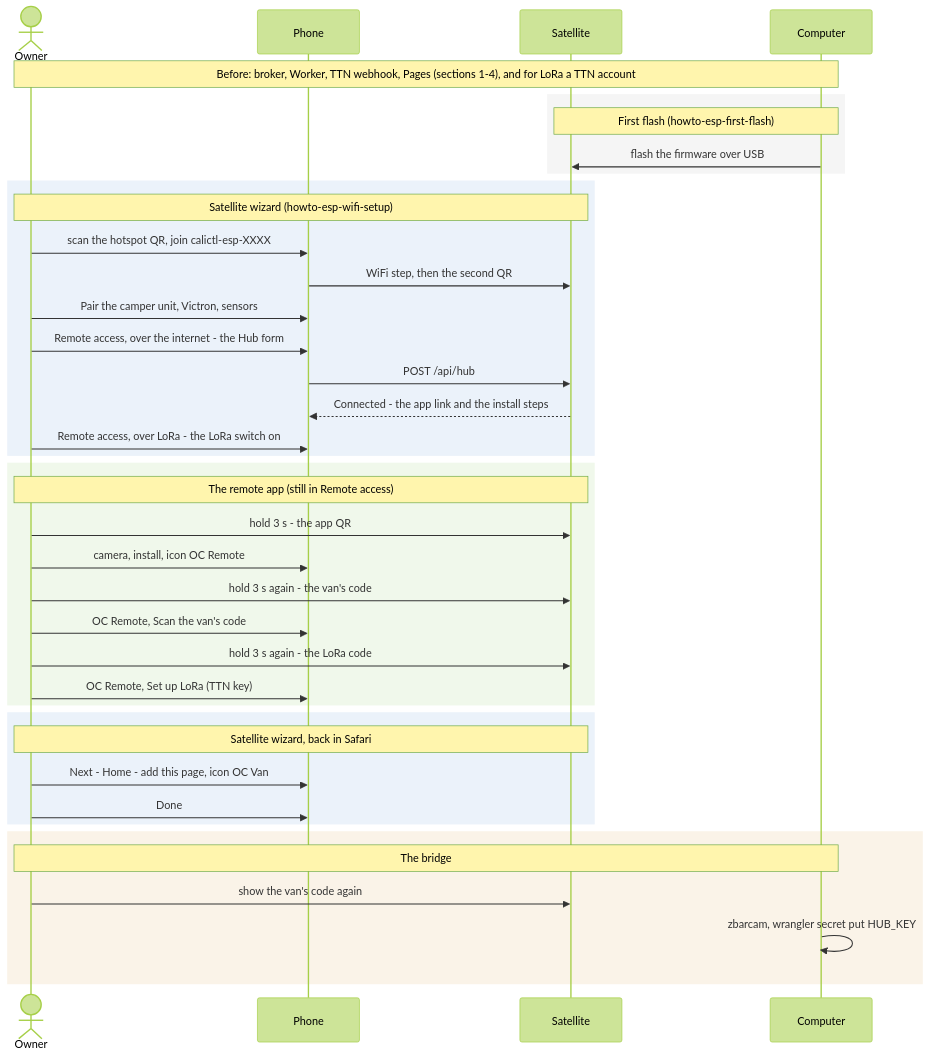
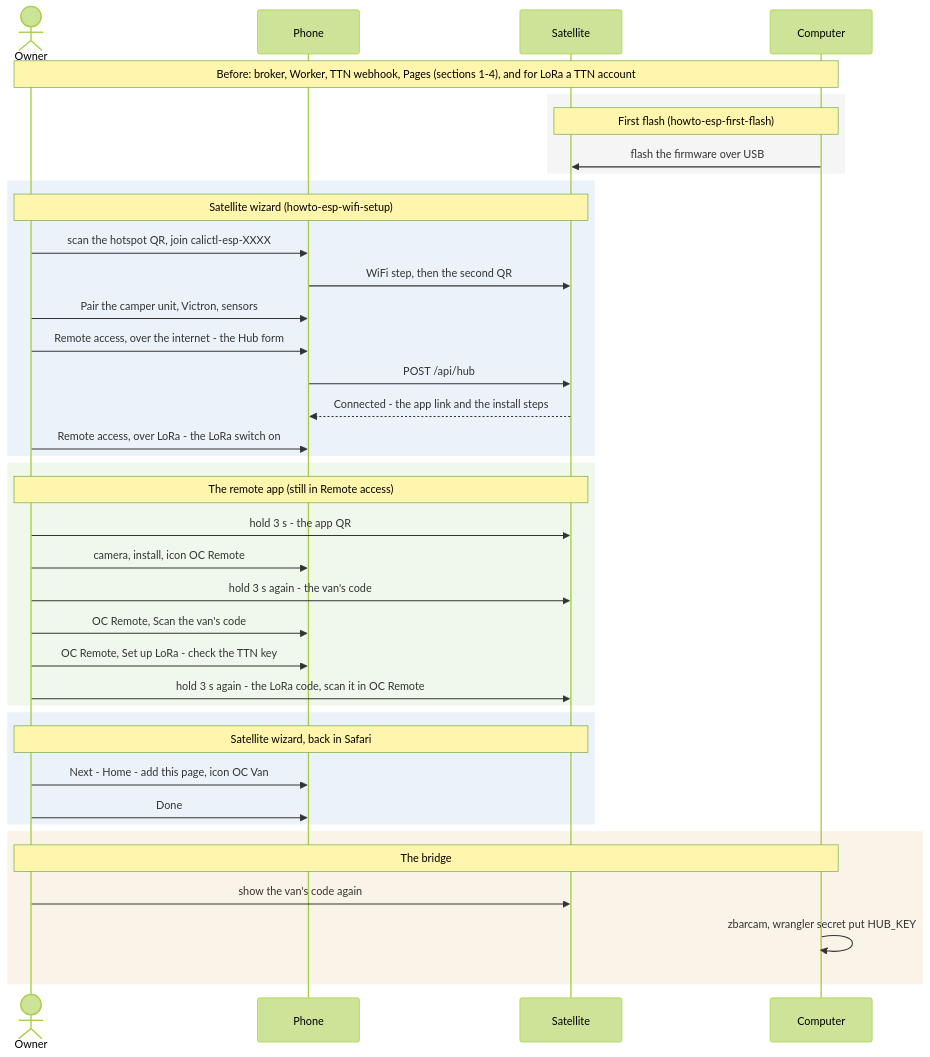
The third of 5 diagrams in docs/howto-remote-hub.md (ckeller42/open-california), drawn with Mermaid (forest theme) before and after one commit. The commit also changed other lines of this file and 13 other files, not shown here.

First line of the commit message:
remote app, wizard, docs: wake tap, LoRa setup code hint, platform-neutral way back

````diff
--- a/docs/howto-remote-hub.md
+++ b/docs/howto-remote-hub.md
@@ -313,41 +313,41 @@
 ```mermaid
 sequenceDiagram
 actor O as Owner
 participant P as Phone
 participant E as Satellite
 participant C as Computer
 Note over O,C: Before: broker, Worker, TTN webhook, Pages (sections 1-4), and for LoRa a TTN account
 rect rgb(245, 245, 245)
 Note over C,E: First flash (howto-esp-first-flash)
 C->>E: flash the firmware over USB
 end
 rect rgb(235, 242, 250)
 Note over O,E: Satellite wizard (howto-esp-wifi-setup)
 O->>P: scan the hotspot QR, join calictl-esp-XXXX
 P->>E: WiFi step, then the second QR
 O->>P: Pair the camper unit, Victron, sensors
 O->>P: Remote access, over the internet - the Hub form
 P->>E: POST /api/hub
 E-->>P: Connected - the app link and the install steps
 O->>P: Remote access, over LoRa - the LoRa switch on
 end
 rect rgb(240, 248, 235)
 Note over O,E: The remote app (still in Remote access)
 O->>E: hold 3 s - the app QR
 O->>P: camera, install, icon OC Remote
 O->>E: hold 3 s again - the van's code
 O->>P: OC Remote, Scan the van's code
-O->>E: hold 3 s again - the LoRa code
-O->>P: OC Remote, Set up LoRa (TTN key)
+O->>P: OC Remote, Set up LoRa - check the TTN key
+O->>E: hold 3 s again - the LoRa code, scan it in OC Remote
 end
 rect rgb(235, 242, 250)
 Note over O,E: Satellite wizard, back in Safari
 O->>P: Next - Home - add this page, icon OC Van
 O->>P: Done
 end
 rect rgb(250, 243, 232)
 Note over O,C: The bridge
 O->>E: show the van's code again
 C->>C: zbarcam, wrangler secret put HUB_KEY
 end
 ```
````
